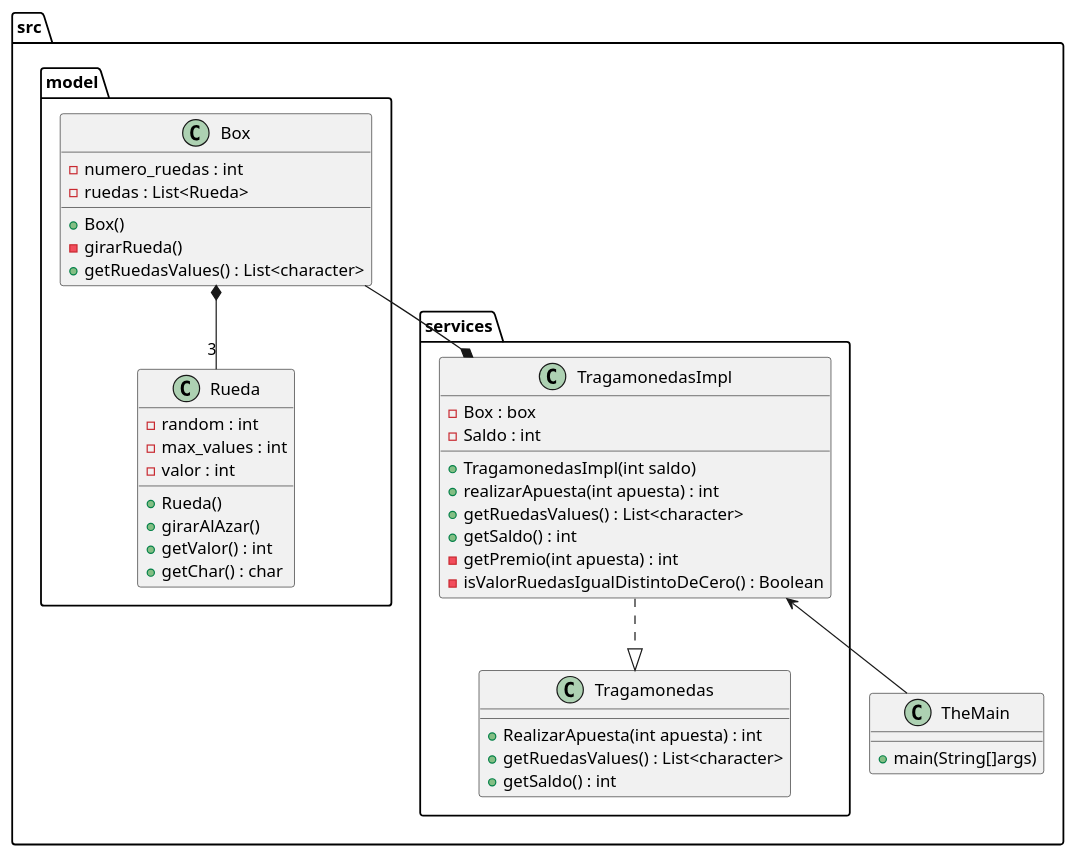
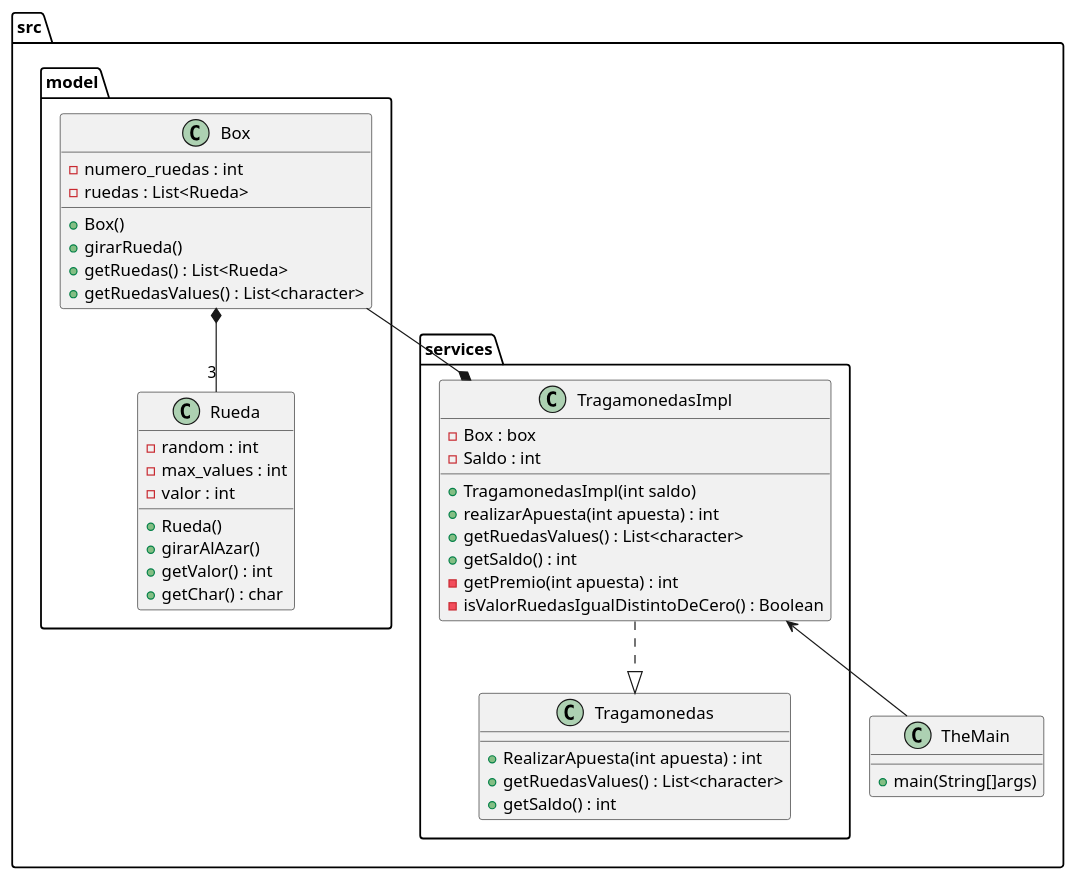
One commit to BaljeetTM/tragamonedasJava changed the diagram in docs/tragamonedas-classes-fixed.puml. Above: the diagram before and after it, drawn with PlantUML.

Commit message:
docs: Actualizar(Final) tragamonedas-classes-fixed.puml

```diff
--- a/docs/tragamonedas-classes-fixed.puml
+++ b/docs/tragamonedas-classes-fixed.puml
@@ -1,51 +1,52 @@
 @startuml
 package src{
     package model{
         class Box{
             -numero_ruedas : int
             -ruedas : List<Rueda>
             +Box()
-            -girarRueda()
+            +girarRueda()
+            +getRuedas() : List<Rueda>
             +getRuedasValues() : List<character>
         }
 
         class Rueda{
             -random : int
             -max_values : int
             -valor : int
             +Rueda()
             +girarAlAzar()
             +getValor() : int
             +getChar() : char
         }
     }
 
     package services{
         class Tragamonedas{
             +RealizarApuesta(int apuesta) : int
             +getRuedasValues() : List<character>
             +getSaldo() : int
         }
 
         class TragamonedasImpl{
         -Box : box
         -Saldo : int
         +TragamonedasImpl(int saldo)
         +realizarApuesta(int apuesta) : int
         +getRuedasValues() : List<character>
         +getSaldo() : int
         -getPremio(int apuesta) : int
         -isValorRuedasIgualDistintoDeCero() : Boolean
         }
     }
 
     class TheMain{
     +main(String[]args)
     }
 }
 
 Box *-- "3" Rueda
 Box --* TragamonedasImpl
 TragamonedasImpl ..|> Tragamonedas
 TragamonedasImpl <-- TheMain
 @enduml
```
